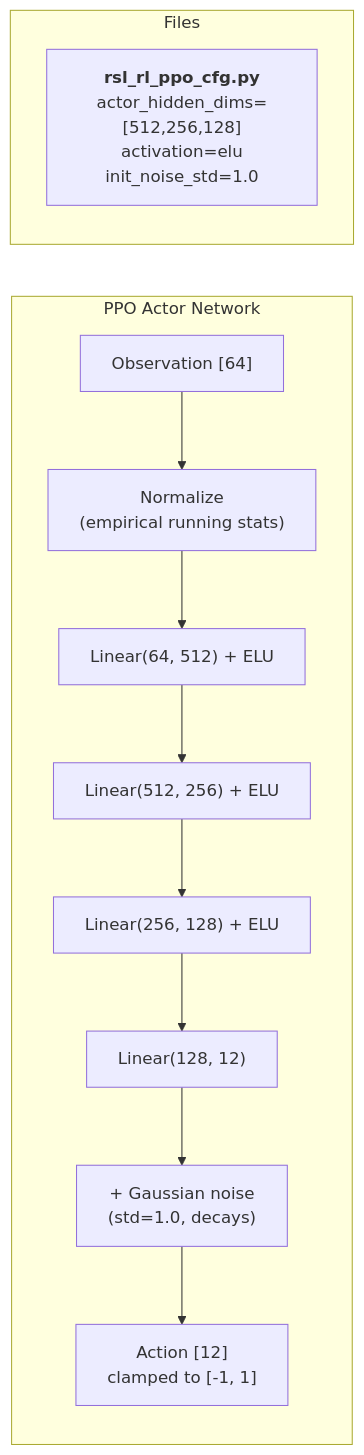
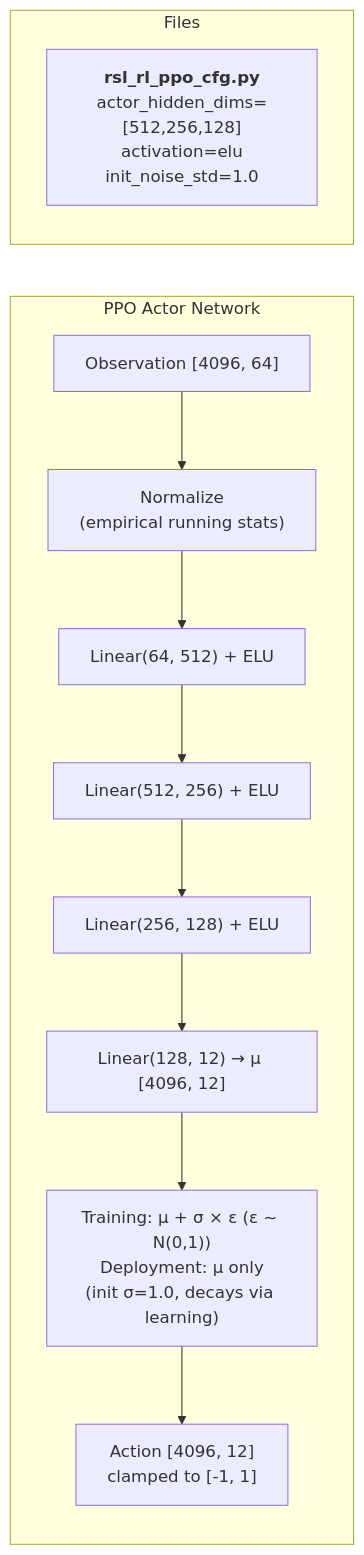
The second of 8 diagrams in docs/TRAINING_FLOW.md (armmarov/armrobot), drawn with Mermaid before and after one commit. The commit also changed other lines of this file and 8 other files, not shown here.

````diff
--- a/docs/TRAINING_FLOW.md
+++ b/docs/TRAINING_FLOW.md
@@ -52,19 +52,19 @@
 ```mermaid
 flowchart LR
     subgraph POLICY["PPO Actor Network"]
         direction TB
-        OBS["Observation [64]"]
+        OBS["Observation [4096, 64]"]
         NORM["Normalize<br/>(empirical running stats)"]
         L1["Linear(64, 512) + ELU"]
         L2["Linear(512, 256) + ELU"]
         L3["Linear(256, 128) + ELU"]
-        L4["Linear(128, 12)"]
-        NOISE["+ Gaussian noise<br/>(std=1.0, decays)"]
-        ACTION["Action [12]<br/>clamped to [-1, 1]"]
+        L4["Linear(128, 12) → μ [4096, 12]"]
+        NOISE["Training: μ + σ × ε (ε ~ N(0,1))<br/>Deployment: μ only<br/>(init σ=1.0, decays via learning)"]
+        ACTION["Action [4096, 12]<br/>clamped to [-1, 1]"]
         OBS --> NORM --> L1 --> L2 --> L3 --> L4 --> NOISE --> ACTION
     end
 
     subgraph FILES1["Files"]
         F1["<b>rsl_rl_ppo_cfg.py</b><br/>actor_hidden_dims=[512,256,128]<br/>activation=elu<br/>init_noise_std=1.0"]
     end
 ```
````
